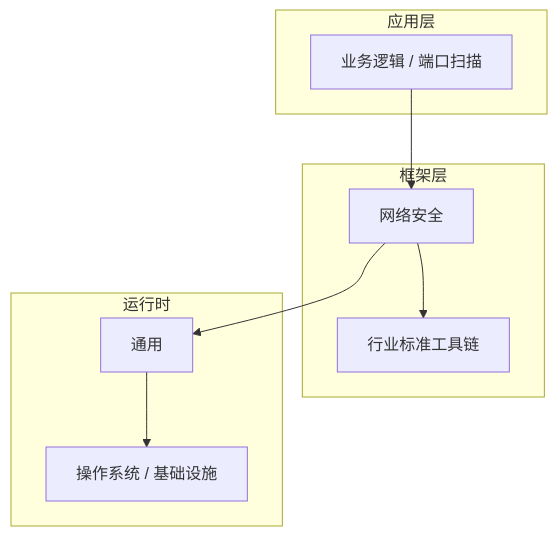
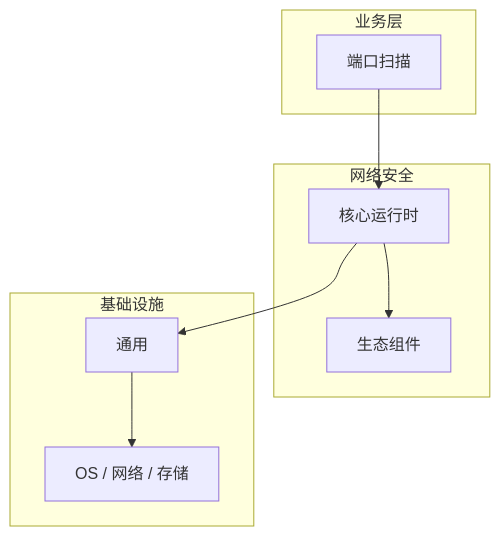
Before and after one commit to yanggan2015/knowledge-json-v2: the diagram in articles/网络安全/chapters/057-端口扫描核心概念与原理.md, drawn with Mermaid. The commit also changed other lines of this file and 10127 other files, not shown here.

````diff
--- a/articles/网络安全/chapters/057-端口扫描核心概念与原理.md
+++ b/articles/网络安全/chapters/057-端口扫描核心概念与原理.md
@@ -46,18 +35,18 @@
 ```mermaid
 graph TB
-    subgraph 应用层
-        A[业务逻辑 / 端口扫描]
+    subgraph 业务层
+        A[端口扫描]
     end
-    subgraph 框架层
-        B[网络安全]
-        C[行业标准工具链]
+    subgraph 网络安全
+        B[核心运行时]
+        C[生态组件]
     end
-    subgraph 运行时
+    subgraph 基础设施
         D[通用]
-        E[操作系统 / 基础设施]
+        E[OS / 网络 / 存储]
     end
     A --> B
     B --> C
     B --> D
     D --> E
 ```
````
